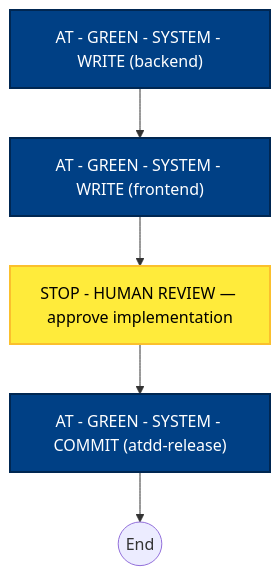
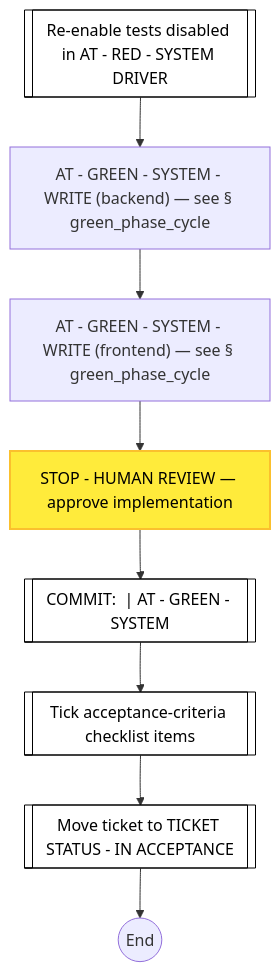
The sixth of 14 diagrams in docs/process-diagram.md (optivem/gh-optivem), drawn with Mermaid before and after one commit. The commit also changed other lines of this file and 4 other files, not shown here.

Commit message:
atdd: regenerate process-flow diagram

````diff
--- a/docs/process-diagram.md
+++ b/docs/process-diagram.md
@@ -145,19 +145,25 @@
 ```mermaid
 flowchart TD
-    ATDD_BACKEND["AT - GREEN - SYSTEM - WRITE (backend)"]
-    ATDD_FRONTEND["AT - GREEN - SYSTEM - WRITE (frontend)"]
-    ATDD_RELEASE["AT - GREEN - SYSTEM - COMMIT (atdd-release)"]
+    AT_GREEN_BACKEND["AT - GREEN - SYSTEM - WRITE (backend) — see § green_phase_cycle"]
+    AT_GREEN_FRONTEND["AT - GREEN - SYSTEM - WRITE (frontend) — see § green_phase_cycle"]
+    COMMIT_GREEN[["COMMIT: <Ticket> | AT - GREEN - SYSTEM"]]
+    ENABLE_TESTS[[Re-enable tests disabled in AT - RED - SYSTEM DRIVER]]
     GS_END((End))
+    MOVE_TO_IN_ACCEPTANCE[[Move ticket to TICKET STATUS - IN ACCEPTANCE]]
     STOP_GREEN_REVIEW[STOP - HUMAN REVIEW — approve implementation]
+    TICK[[Tick acceptance-criteria checklist items]]
 
-    ATDD_BACKEND --> ATDD_FRONTEND
-    ATDD_FRONTEND --> STOP_GREEN_REVIEW
-    STOP_GREEN_REVIEW --> ATDD_RELEASE
-    ATDD_RELEASE --> GS_END
+    ENABLE_TESTS --> AT_GREEN_BACKEND
+    AT_GREEN_BACKEND --> AT_GREEN_FRONTEND
+    AT_GREEN_FRONTEND --> STOP_GREEN_REVIEW
+    STOP_GREEN_REVIEW --> COMMIT_GREEN
+    COMMIT_GREEN --> TICK
+    TICK --> MOVE_TO_IN_ACCEPTANCE
+    MOVE_TO_IN_ACCEPTANCE --> GS_END
 
-    classDef agentNode fill:#004085,stroke:#002752,stroke-width:2px,color:#ffffff
-    class ATDD_BACKEND,ATDD_FRONTEND,ATDD_RELEASE agentNode
+    classDef serviceNode fill:#ffffff,stroke:#000000,stroke-width:1px,color:#000000
+    class COMMIT_GREEN,ENABLE_TESTS,MOVE_TO_IN_ACCEPTANCE,TICK serviceNode
 
     classDef humanNode fill:#ffeb3b,stroke:#fbc02d,stroke-width:2px,color:#000000
     class STOP_GREEN_REVIEW humanNode
 ```
````
